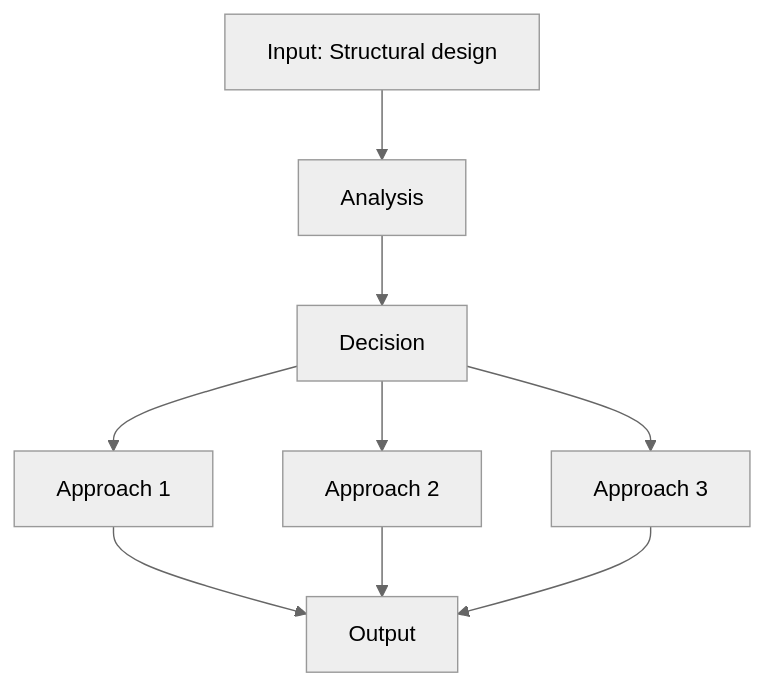
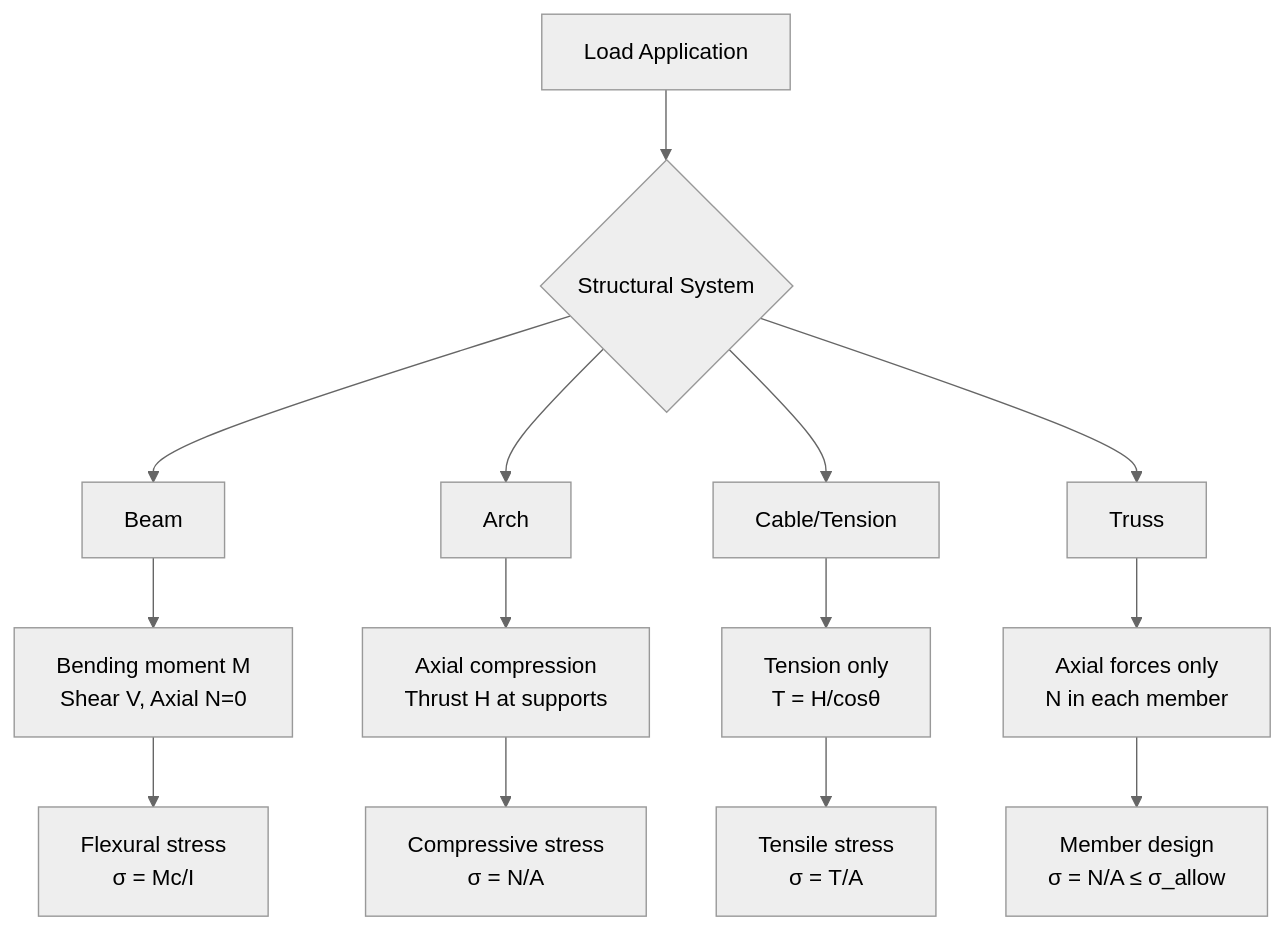
One commit to yip-lgtm/civil-bootcamp changed the second of 4 diagrams in MIT_CEE_Core/Track_2_Mechanics_Materials/Structural_Design/08_1.056_Introduction_to_Structural_Design.md. Above: the diagram before and after it, drawn with Mermaid (neutral theme). The commit also changed other lines of this file and 21 other files, not shown here.

````diff
--- a/MIT_CEE_Core/Track_2_Mechanics_Materials/Structural_Design/08_1.056_Introduction_to_Structural_Design.md
+++ b/MIT_CEE_Core/Track_2_Mechanics_Materials/Structural_Design/08_1.056_Introduction_to_Structural_Design.md
@@ -363,11 +249,16 @@
 ```mermaid
 graph TD
-    A[Input: Structural design] --> B[Analysis]
-    B --> C[Decision]
-    C --> D[Approach 1]
-    C --> E[Approach 2]
-    C --> F[Approach 3]
-    D --> G[Output]
-    E --> G
-    F --> G
+    A[Load Application] --> B{Structural System}
+    B --> C[Beam]
+    B --> D[Arch]
+    B --> E[Cable/Tension]
+    B --> F[Truss]
+    C --> G[Bending moment M<br/>Shear V, Axial N=0]
+    D --> H[Axial compression<br/>Thrust H at supports]
+    E --> I[Tension only<br/>T = H/cosθ]
+    F --> J[Axial forces only<br/>N in each member]
+    G --> K[Flexural stress<br/>σ = Mc/I]
+    H --> L[Compressive stress<br/>σ = N/A]
+    I --> M[Tensile stress<br/>σ = T/A]
+    J --> N[Member design<br/>σ = N/A ≤ σ_allow]
 ```
````
